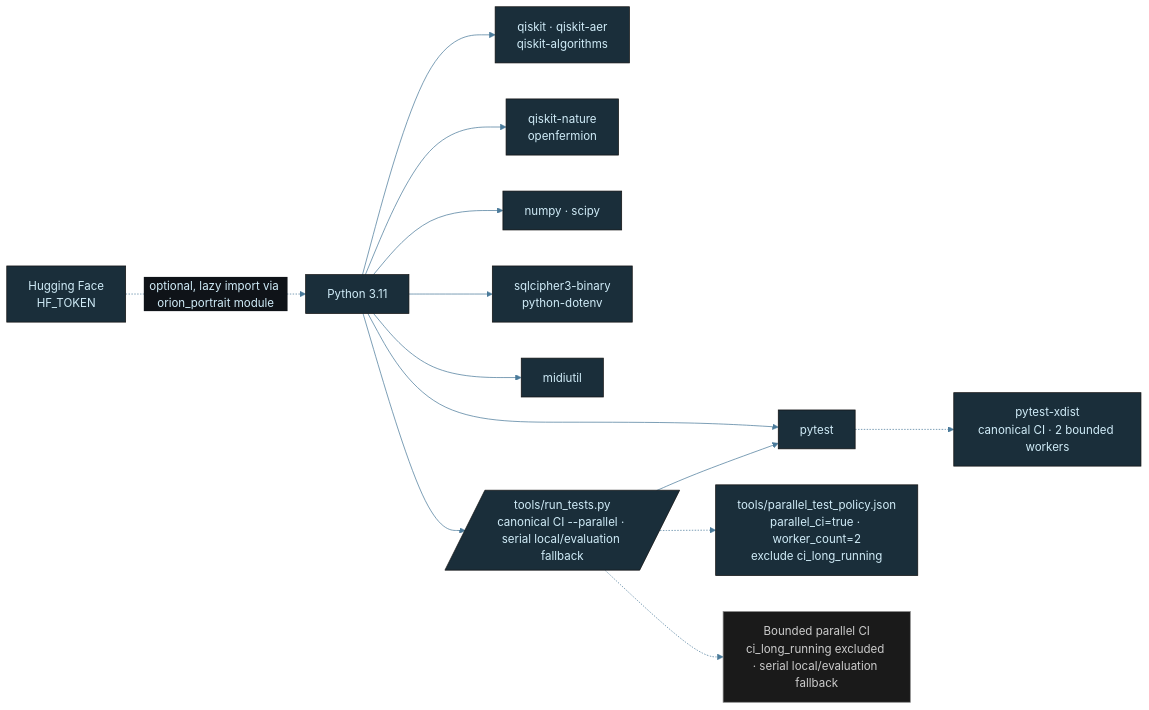
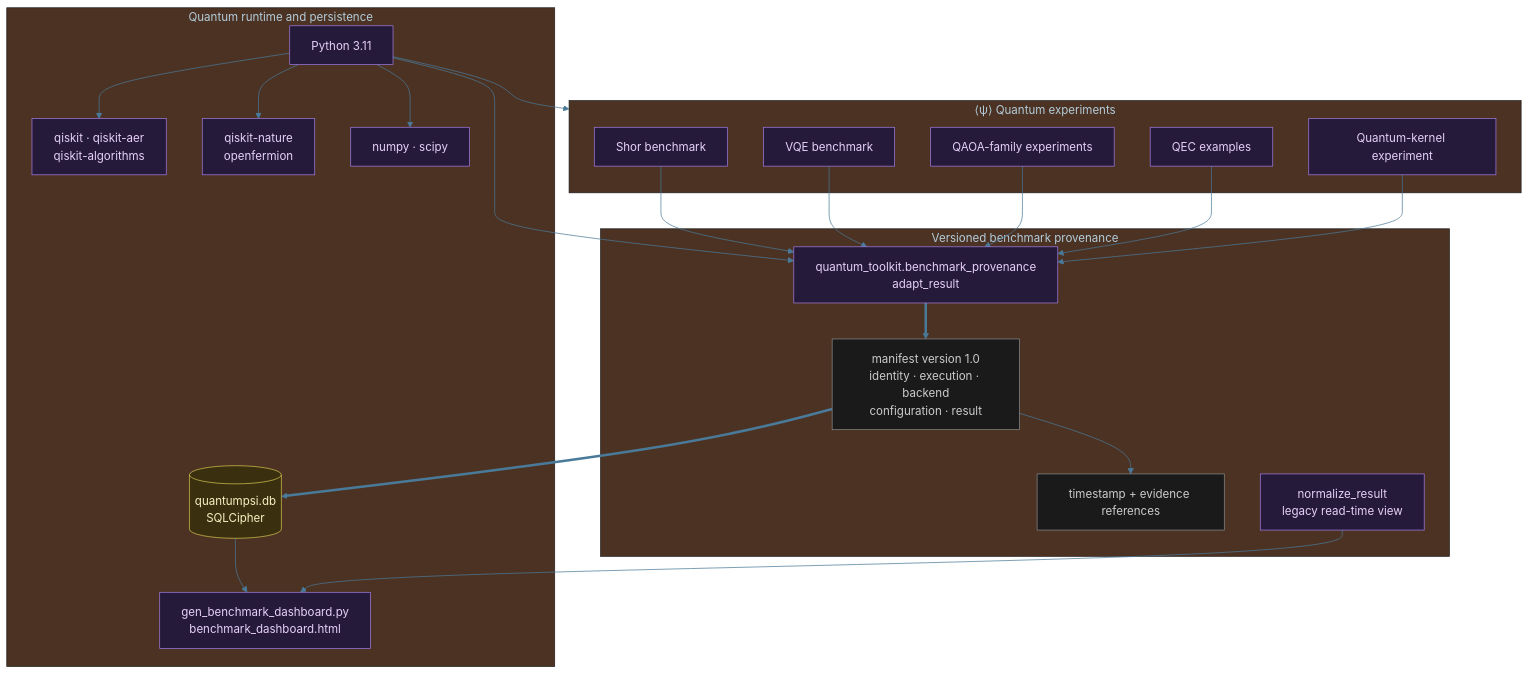
The diagram in diagrams/quantum-tech-stack.mmd (tylerdrakemusic/-Workspace), drawn with Mermaid before and after one commit. The commit also changed 2 other files, not shown here.

Commit message:
docs: reconcile Quantum benchmark diagrams

```diff
--- a/diagrams/quantum-tech-stack.mmd
+++ b/diagrams/quantum-tech-stack.mmd
@@ -1,27 +1,48 @@
 %%{init: {'theme': 'base', 'themeVariables': {'primaryColor': '#1a2e3a', 'primaryTextColor': '#d0ecf8', 'edgeLabelBackground': '#0f1318', 'lineColor': '#4a7a9a'}}}%%
-graph LR
-    Python[Python 3.11] --> Qiskit[qiskit · qiskit-aer<br/>qiskit-algorithms]
-    Python --> Chem[qiskit-nature<br/>openfermion]
-    Python --> Numpy[numpy · scipy]
-    Python --> SQLCipher[sqlcipher3-binary<br/>python-dotenv]
-    Python --> Midi[midiutil]
-    Python --> Pytest[pytest]
-    Python --> TestRunner[/tools/run_tests.py<br/>canonical CI --parallel · serial local/evaluation fallback/]
-    TestRunner --> Pytest
-    TestRunner -.-> TestPolicy[tools/parallel_test_policy.json<br/>parallel_ci=true · worker_count=2<br/>exclude ci_long_running]
-    Pytest -.-> Xdist[pytest-xdist<br/>canonical CI · 2 bounded workers]
-    TestRunner -.-> ParallelEvidence[Bounded parallel CI<br/>ci_long_running excluded · serial local/evaluation fallback]
-    HF[Hugging Face<br/>HF_TOKEN] -.optional, lazy import via orion_portrait module.-> Python
-    class Python lang
-    class Qiskit,Chem,Numpy,SQLCipher,Pytest,TestRunner,TestPolicy,Xdist,Midi,HF lib
-    class ParallelEvidence state
+graph TB
+    subgraph Experiments["⟨ψ⟩ Quantum experiments"]
+        Shor[Shor benchmark]:::quantum
+        VQE[VQE benchmark]:::quantum
+        QAOA[QAOA-family experiments]:::quantum
+        QEC[QEC examples]:::quantum
+        Kernel[Quantum-kernel experiment]:::quantum
+    end
+    subgraph Provenance["Versioned benchmark provenance"]
+        Adapter[quantum_toolkit.benchmark_provenance<br/>adapt_result]:::quantum
+        Manifest[manifest version 1.0<br/>identity · execution · backend<br/>configuration · result]:::state
+        Evidence[timestamp + evidence references]:::state
+        Legacy[normalize_result<br/>legacy read-time view]:::quantum
+    end
+    subgraph Runtime["Quantum runtime and persistence"]
+        Python[Python 3.11]:::quantum
+        Qiskit[qiskit · qiskit-aer<br/>qiskit-algorithms]:::quantum
+        Chem[qiskit-nature<br/>openfermion]:::quantum
+        Numpy[numpy · scipy]:::quantum
+        Database[(quantumpsi.db<br/>SQLCipher)]:::db
+        Dashboard[gen_benchmark_dashboard.py<br/>benchmark_dashboard.html]:::quantum
+    end
+    Shor --> Adapter
+    VQE --> Adapter
+    QAOA --> Adapter
+    QEC --> Adapter
+    Kernel --> Adapter
+    Python --> Experiments
+    Python --> Adapter
+    Python --> Qiskit
+    Python --> Chem
+    Python --> Numpy
+    Adapter ==> Manifest
+    Manifest --> Evidence
+    Manifest ==> Database
+    Database --> Dashboard
+    Legacy --> Dashboard
 
 classDef life     fill:#1a2e3a,stroke:#6ab4d4,color:#d0ecf8
 classDef music    fill:#3a1a24,stroke:#d47a8f,color:#f8d0dc
 classDef quantum  fill:#251a3a,stroke:#a07adf,color:#e8d0f8
 classDef manifest fill:#3a2e1a,stroke:#d4a96a,color:#f8ead0
 classDef ws       fill:#1a3a30,stroke:#6ad4b4,color:#d0f8ee
 classDef tyler    fill:#2a1a3a,stroke:#9e4aff,color:#fff
 classDef ext      fill:#3a2020,stroke:#ff7a7a,color:#ffd0d0
 classDef db       fill:#3a3010,stroke:#d4c050,color:#f8f0c0
 classDef state    fill:#1a1a1a,stroke:#888888,color:#cccccc
```
